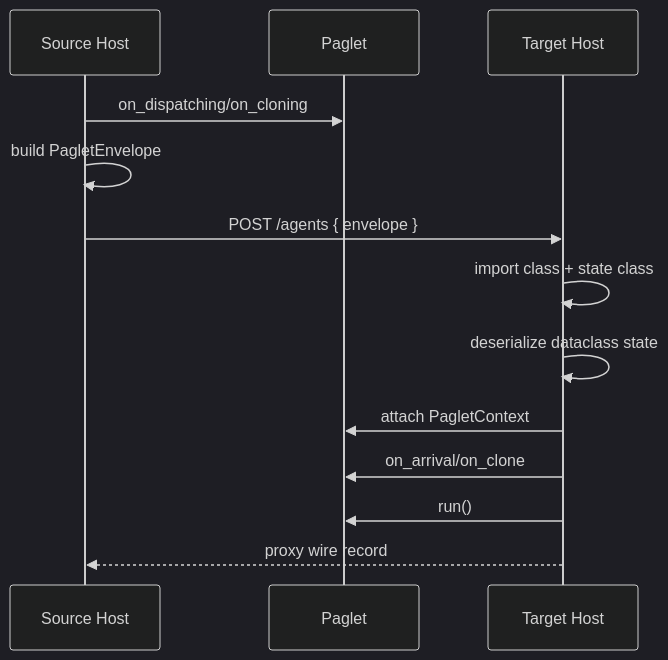
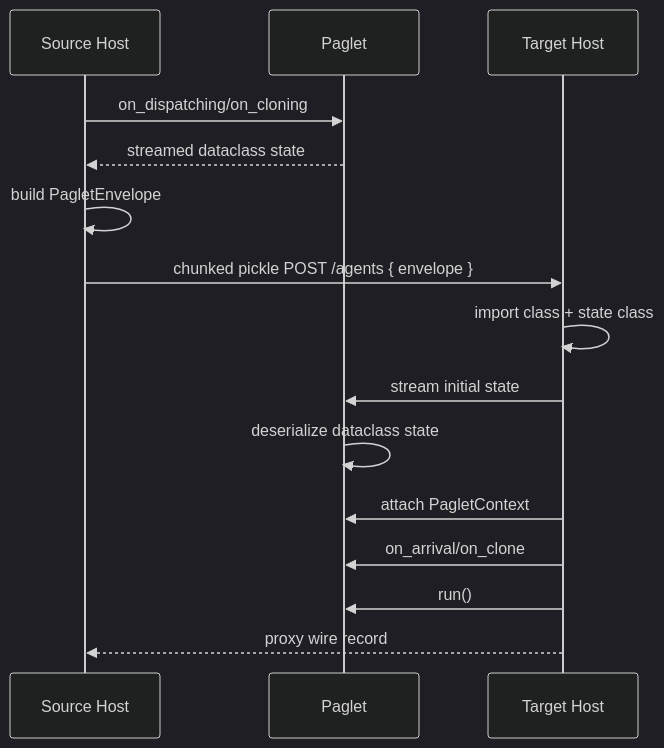
Before and after one commit to cklukas/paglets: the first of 2 diagrams in docs/internal-workings.md, drawn with Mermaid (dark theme). The commit also changed other lines of this file and 12 other files, not shown here.

````diff
--- a/docs/internal-workings.md
+++ b/docs/internal-workings.md
@@ -66,16 +74,18 @@
 ```mermaid
 sequenceDiagram
     participant A as Source Host
     participant P as Paglet
     participant B as Target Host
 
     A->>P: on_dispatching/on_cloning
+    P-->>A: streamed dataclass state
     A->>A: build PagletEnvelope
-    A->>B: POST /agents { envelope }
+    A->>B: chunked pickle POST /agents { envelope }
     B->>B: import class + state class
-    B->>B: deserialize dataclass state
+    B->>P: stream initial state
+    P->>P: deserialize dataclass state
     B->>P: attach PagletContext
     B->>P: on_arrival/on_clone
     B->>P: run()
     B-->>A: proxy wire record
 ```
````
